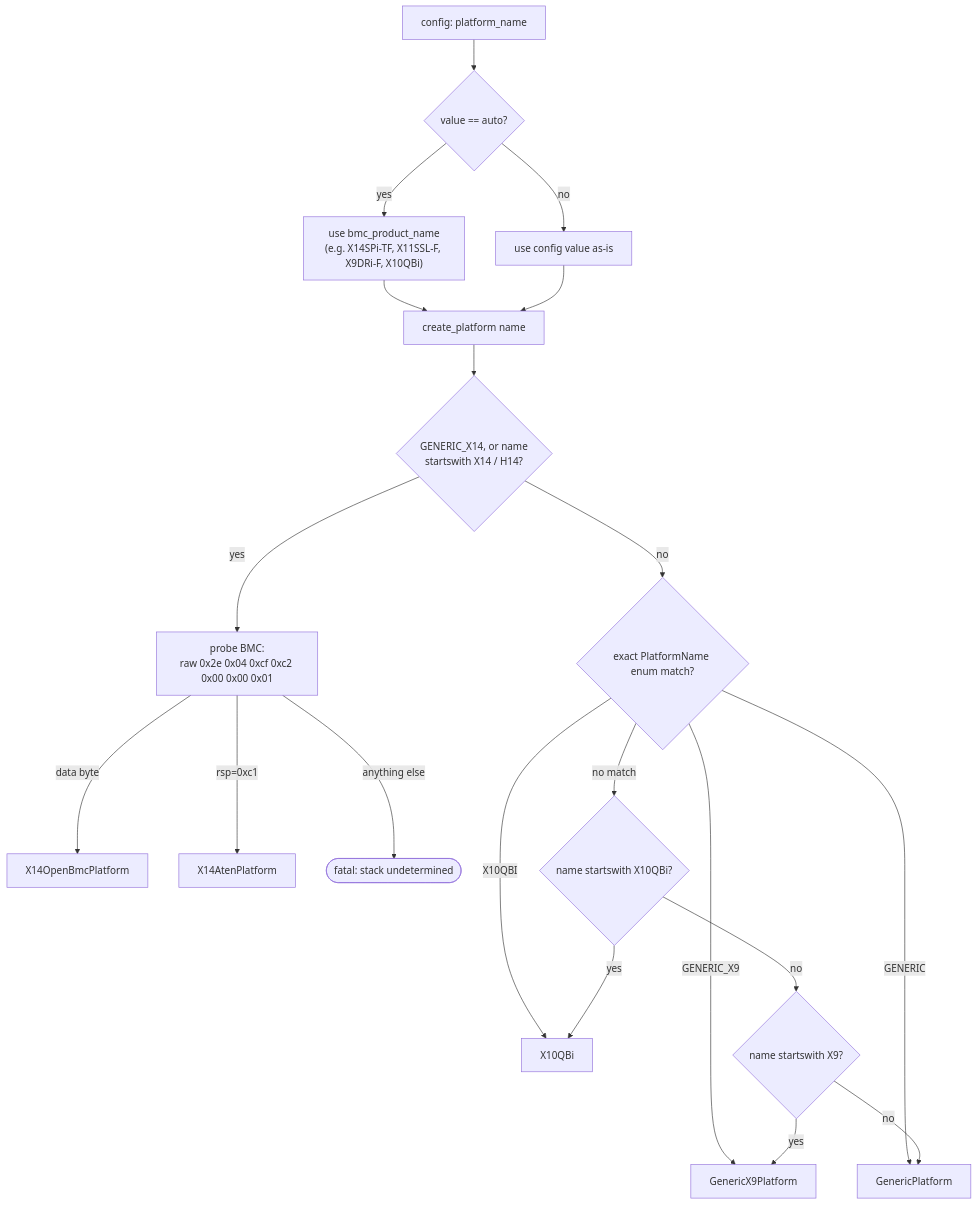
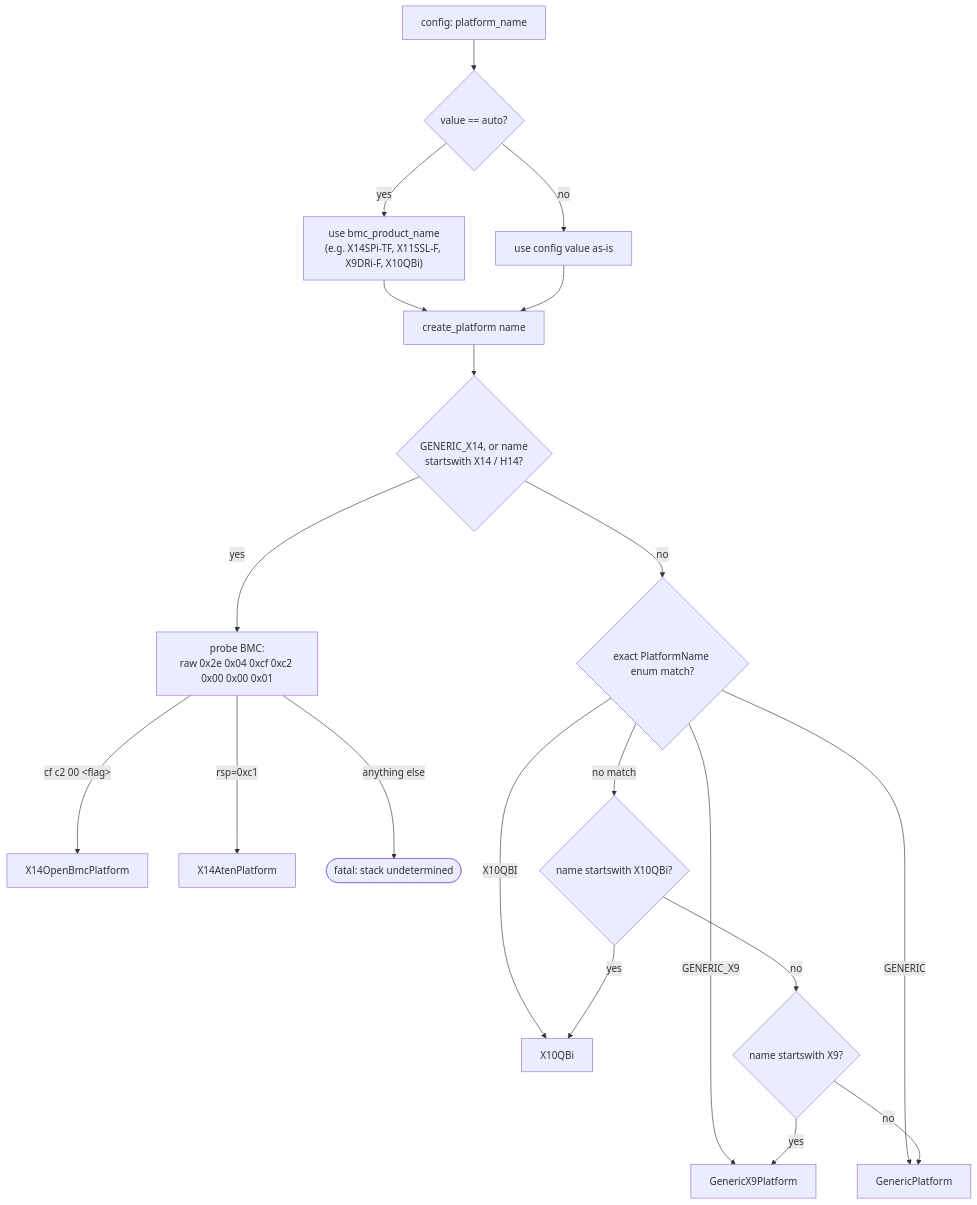
The third of 11 diagrams in ARCHITECTURE.md (petersulyok/smfc), drawn with Mermaid before and after one commit. The commit also changed other lines of this file and 6 other files, not shown here.

````diff
--- a/ARCHITECTURE.md
+++ b/ARCHITECTURE.md
@@ -283,22 +293,22 @@
 ```mermaid
 flowchart TD
     A[config: platform_name] --> B{value == auto?}
     B -- yes --> C["use bmc_product_name<br/>(e.g. X14SPi-TF, X11SSL-F, X9DRi-F, X10QBi)"]
     B -- no --> D[use config value as-is]
     C --> F[create_platform name]
     D --> F
     F --> K{GENERIC_X14, or name<br/>startswith X14 / H14?}
     K -- yes --> P["probe BMC:<br/>raw 0x2e 0x04 0xcf 0xc2 0x00 0x00 0x01"]
-    P -- data byte --> XOB[X14OpenBmcPlatform]
+    P -- "cf c2 00 &lt;flag&gt;" --> XOB[X14OpenBmcPlatform]
     P -- rsp=0xc1 --> XAT[X14AtenPlatform]
     P -- anything else --> ERR([fatal: stack undetermined])
     K -- no --> I{exact PlatformName enum match?}
     I -- GENERIC_X9 --> X9[GenericX9Platform]
     I -- X10QBI --> XQ[X10QBi]
     I -- GENERIC --> GP[GenericPlatform]
     I -- no match --> J{name startswith X10QBi?}
     J -- yes --> XQ
     J -- no --> H{name startswith X9?}
     H -- yes --> X9
     H -- no --> GP
 ```
````
